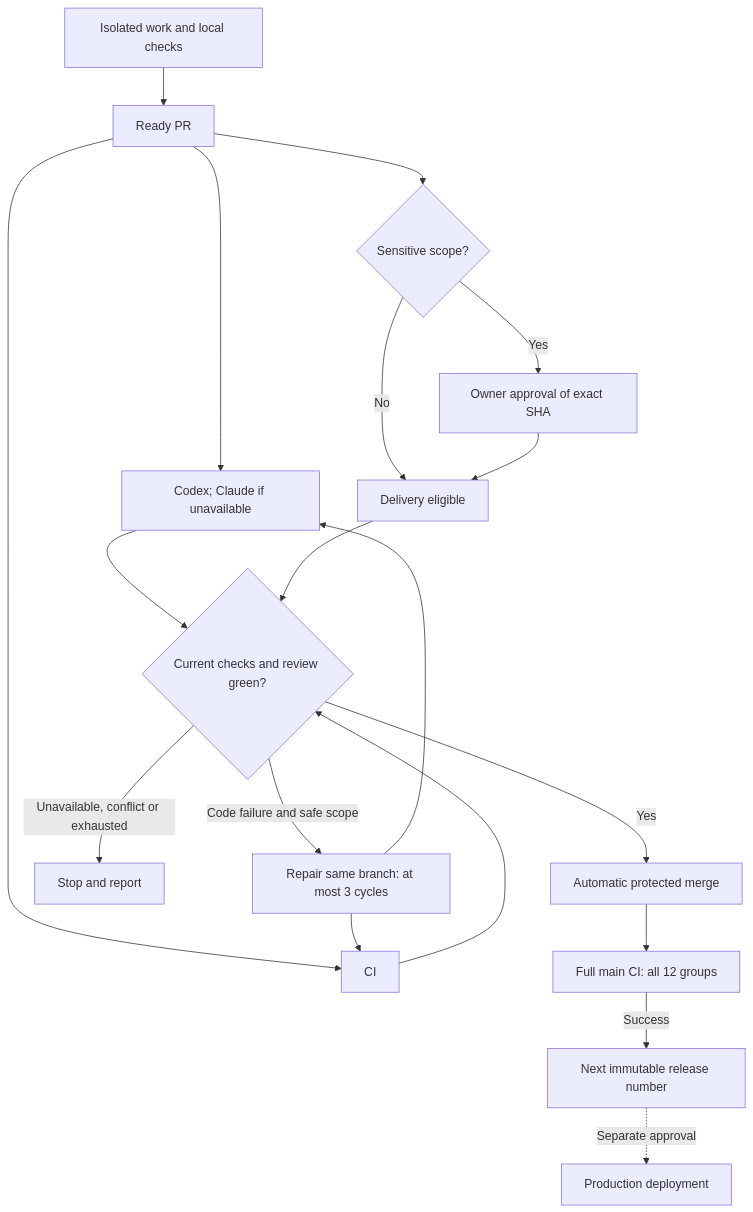
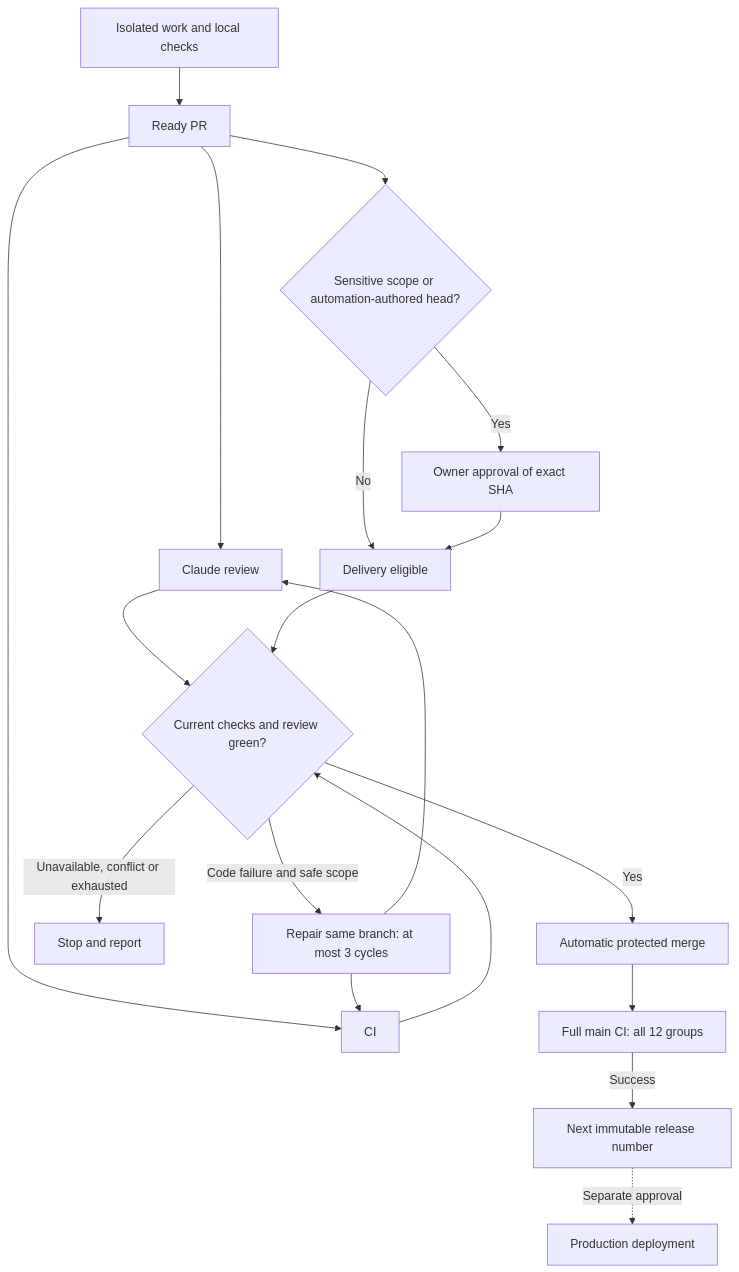
The diagram in docs/agents/integration-rules.md (tariiq222/liwan), drawn with Mermaid before and after one commit. The commit also changed other lines of this file and 19 other files, not shown here.

````diff
--- a/docs/agents/integration-rules.md
+++ b/docs/agents/integration-rules.md
@@ -147,21 +145,21 @@
 ```mermaid
 flowchart TD
     A[Isolated work and local checks] --> B[Ready PR]
-    B --> C[Codex; Claude if unavailable]
+    B --> C[Claude review]
     B --> D[CI]
-    B --> E{Sensitive scope?}
+    B --> E{Sensitive scope or automation-authored head?}
     E -->|Yes| F[Owner approval of exact SHA]
     E -->|No| G[Delivery eligible]
     F --> G
     C --> H{Current checks and review green?}
     D --> H
     G --> H
     H -->|Code failure and safe scope| I[Repair same branch: at most 3 cycles]
     I --> C
     I --> D
     H -->|Unavailable, conflict or exhausted| J[Stop and report]
     H -->|Yes| K[Automatic protected merge]
     K --> L[Full main CI: all 12 groups]
     L -->|Success| M[Next immutable release number]
     M -. Separate approval .-> N[Production deployment]
 ```
````
